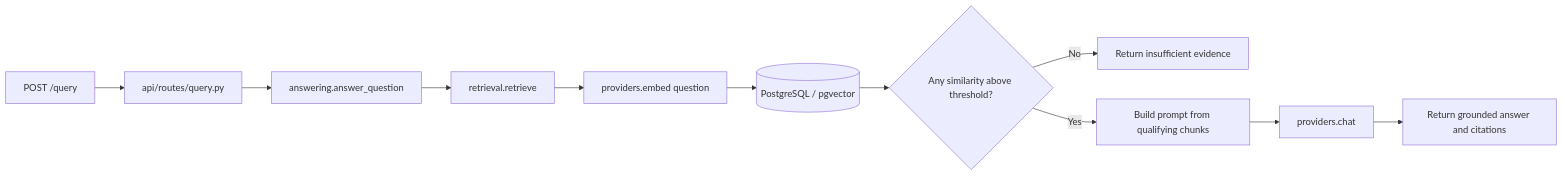
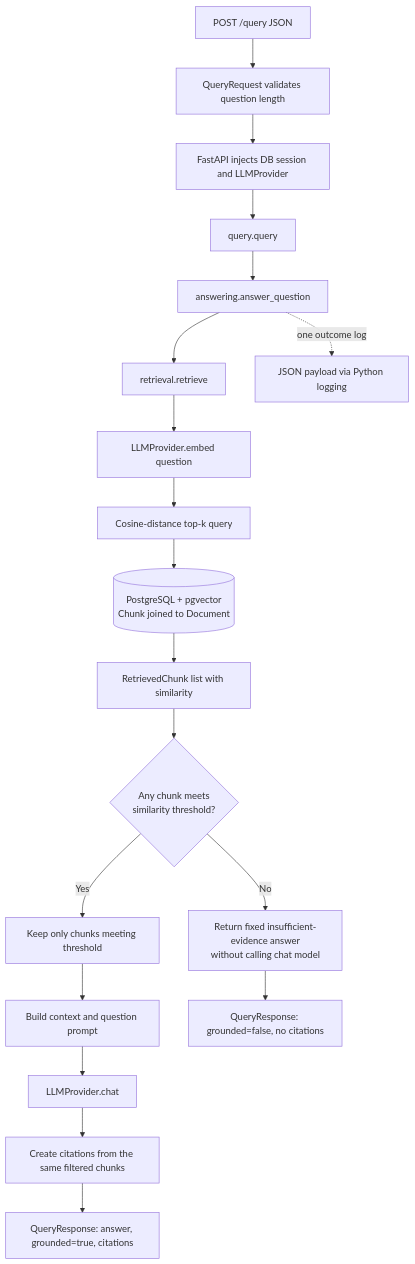
One commit to Linhsmiler47/enterprise-rag-knowledge-assistant changed the first of 2 diagrams in docs/architecture.md. Above: the diagram before and after it, drawn with Mermaid. The commit also changed other lines of this file, not shown here.

Commit message:
docs: align architecture flows and roadmap

````diff
--- a/docs/architecture.md
+++ b/docs/architecture.md
@@ -15,13 +15,21 @@
 ```mermaid
-flowchart LR
-    Request[POST /query] --> Route[api/routes/query.py]
+flowchart TD
+    Request[POST /query JSON] --> Validate[QueryRequest validates question length]
+    Validate --> Dependencies[FastAPI injects DB session and LLMProvider]
+    Dependencies --> Route[query.query]
     Route --> Answer[answering.answer_question]
     Answer --> Retrieve[retrieval.retrieve]
-    Retrieve --> Embed[providers.embed question]
-    Embed --> Vector[(PostgreSQL / pgvector)]
-    Vector --> Evidence{Any similarity above threshold?}
-    Evidence -- No --> Refuse[Return insufficient evidence]
-    Evidence -- Yes --> Prompt[Build prompt from qualifying chunks]
-    Prompt --> Generate[providers.chat]
-    Generate --> Response[Return grounded answer and citations]
+    Retrieve --> Embed[LLMProvider.embed question]
+    Embed --> Search[Cosine-distance top-k query]
+    Search --> DB[(PostgreSQL + pgvector<br/>Chunk joined to Document)]
+    DB --> Results[RetrievedChunk list with similarity]
+    Results --> Evidence{Any chunk meets<br/>similarity threshold?}
+    Evidence -- No --> Refuse[Return fixed insufficient-evidence answer<br/>without calling chat model]
+    Evidence -- Yes --> Filter[Keep only chunks meeting threshold]
+    Filter --> Prompt[Build context and question prompt]
+    Prompt --> Generate[LLMProvider.chat]
+    Generate --> Cite[Create citations from the same filtered chunks]
+    Cite --> Response[QueryResponse: answer, grounded=true, citations]
+    Refuse --> Ungrounded[QueryResponse: grounded=false, no citations]
+    Answer -. one outcome log .-> Log[JSON payload via Python logging]
 ```
````
